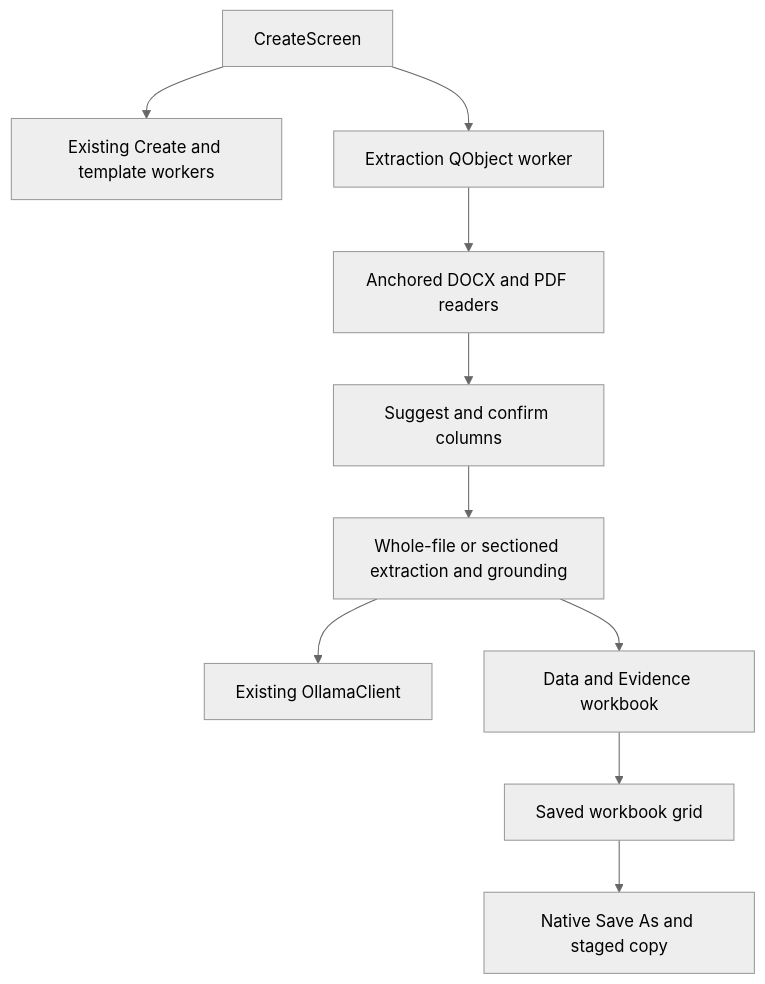
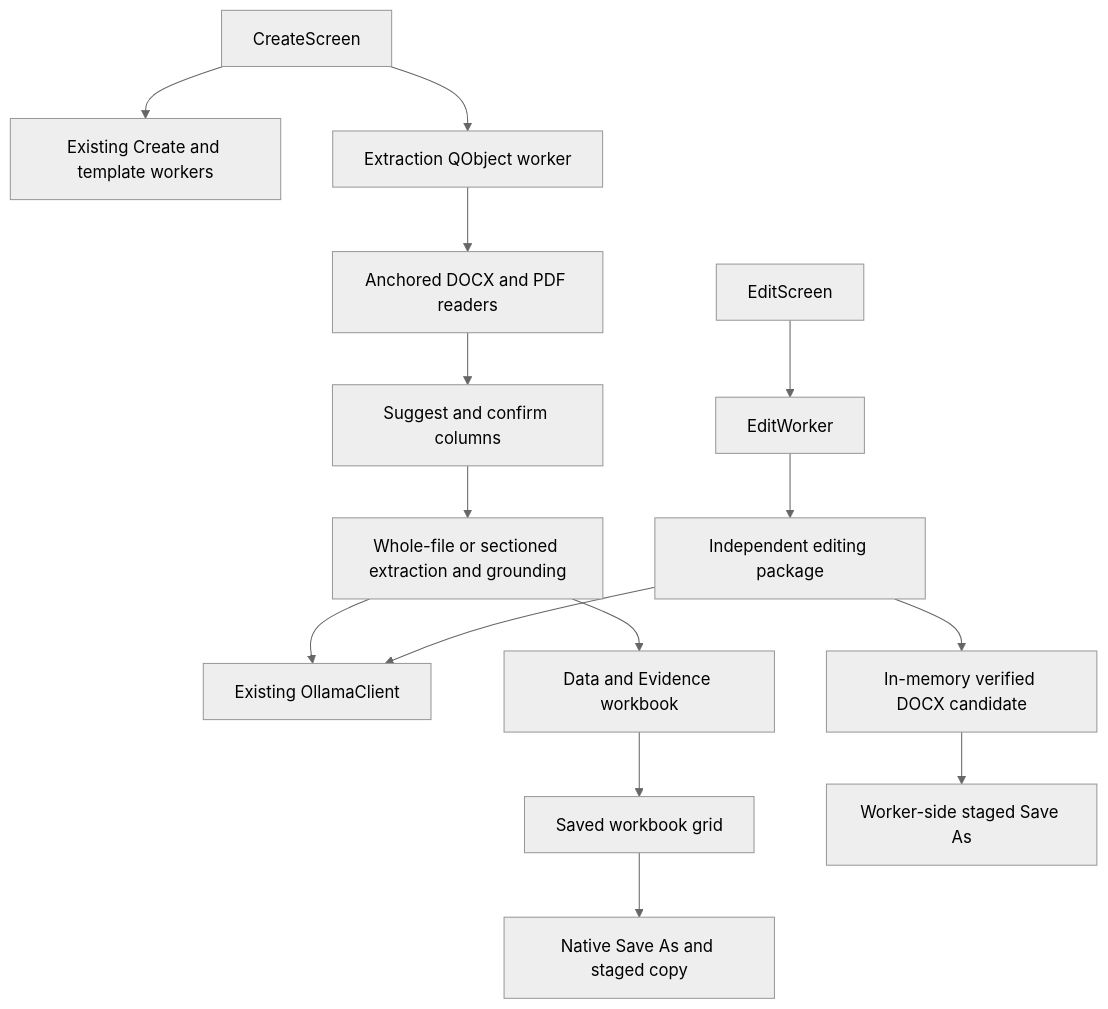
The diagram in docs/superpowers/specs/2026-10-08-document-architecture-design.md (alexnosx/Simplicitor), drawn with Mermaid (neutral theme) before and after one commit. The commit also changed other lines of this file and 9 other files, not shown here.

```diff
--- a/docs/superpowers/specs/2026-10-08-document-architecture-design.md
+++ b/docs/superpowers/specs/2026-10-08-document-architecture-design.md
@@ -11,12 +11,17 @@
 ~~~mermaid
 flowchart TD
     UI[CreateScreen] --> OLD[Existing Create and template workers]
     UI --> WORKER[Extraction QObject worker]
     WORKER --> READERS[Anchored DOCX and PDF readers]
     READERS --> COLUMNS[Suggest and confirm columns]
     COLUMNS --> PIPE[Whole-file or sectioned extraction and grounding]
     PIPE --> OLLAMA[Existing OllamaClient]
     PIPE --> XLSX[Data and Evidence workbook]
     XLSX --> GRID[Saved workbook grid]
     GRID --> SAVE[Native Save As and staged copy]
+    EDIT[EditScreen] --> EDITWORKER[EditWorker]
+    EDITWORKER --> CORE[Independent editing package]
+    CORE --> OLLAMA
+    CORE --> CANDIDATE[In-memory verified DOCX candidate]
+    CANDIDATE --> EDITSAVE[Worker-side staged Save As]
 ~~~
```
